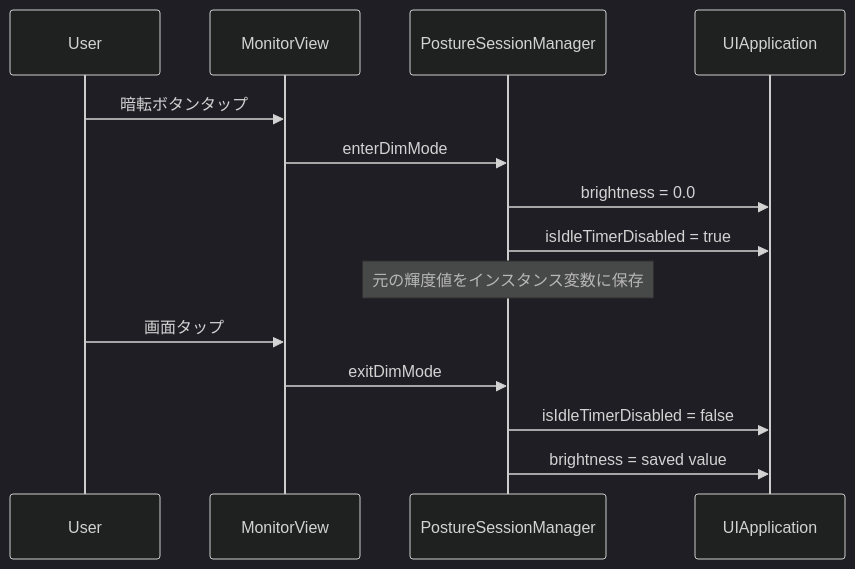
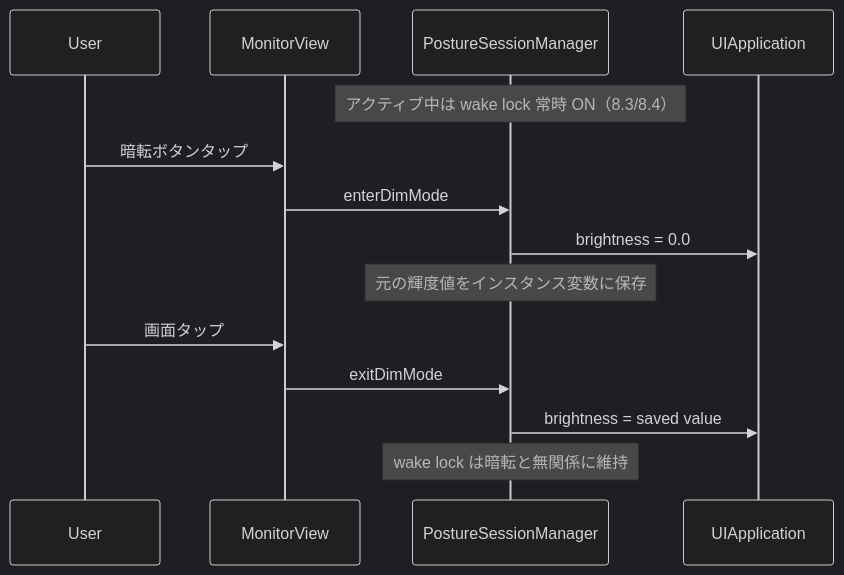
One commit to da-shina/nekoze-fix changed the fifth of 6 diagrams in .kiro/specs/nekoze-fix/design.md. Above: the diagram before and after it, drawn with Mermaid (dark theme). The commit also changed other lines of this file and 9 other files, not shown here.

First line of the commit message:
feat(nekoze-fix): 9.1 アプリアクティブ中の自動スリープ抑止（wake lock をライフサイクルへ移管）

````diff
--- a/.kiro/specs/nekoze-fix/design.md
+++ b/.kiro/specs/nekoze-fix/design.md
@@ -637,16 +641,16 @@
 ```mermaid
 sequenceDiagram
     participant User
     participant Monitor as MonitorView
     participant Session as PostureSessionManager
     participant App as UIApplication
+    Note over Session: アクティブ中は wake lock 常時 ON（8.3/8.4）
     User->>Monitor: 暗転ボタンタップ
     Monitor->>Session: enterDimMode
     Session->>App: brightness = 0.0
-    Session->>App: isIdleTimerDisabled = true
     Note over Session: 元の輝度値をインスタンス変数に保存
     User->>Monitor: 画面タップ
     Monitor->>Session: exitDimMode
-    Session->>App: isIdleTimerDisabled = false
     Session->>App: brightness = saved value
+    Note over Session: wake lock は暗転と無関係に維持
 ```
````
